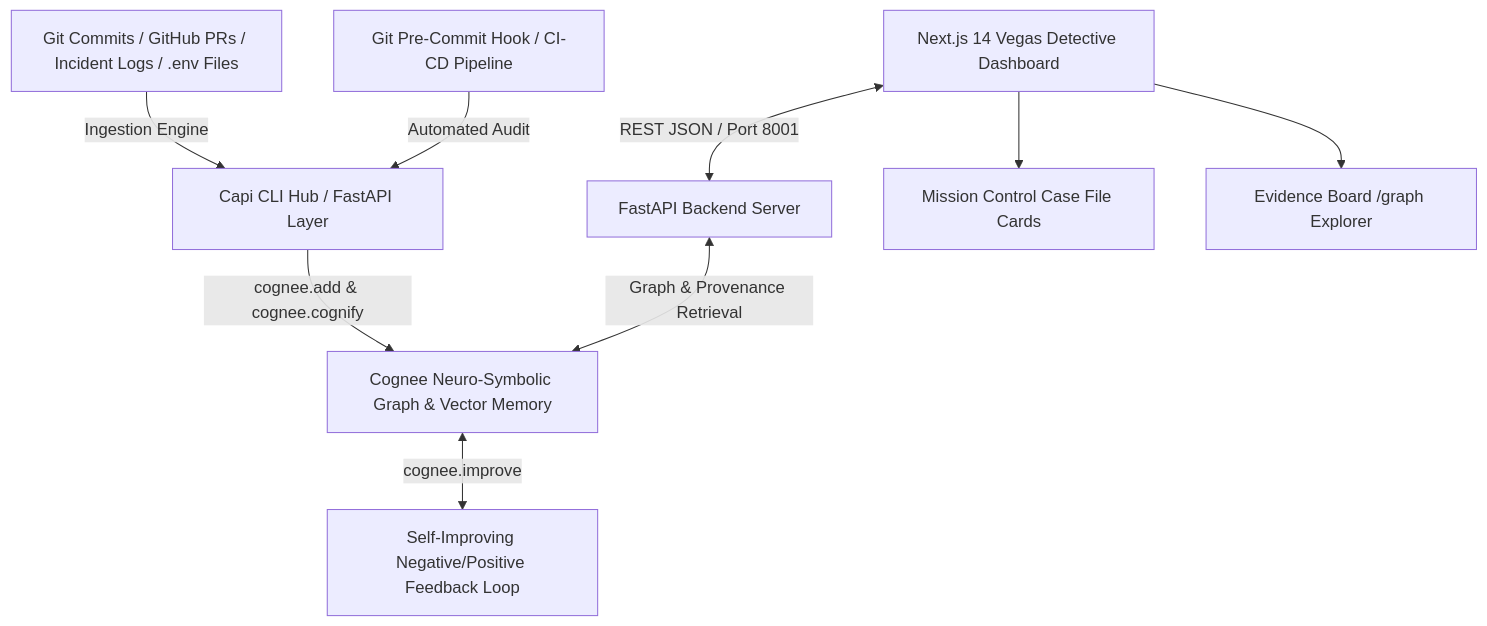
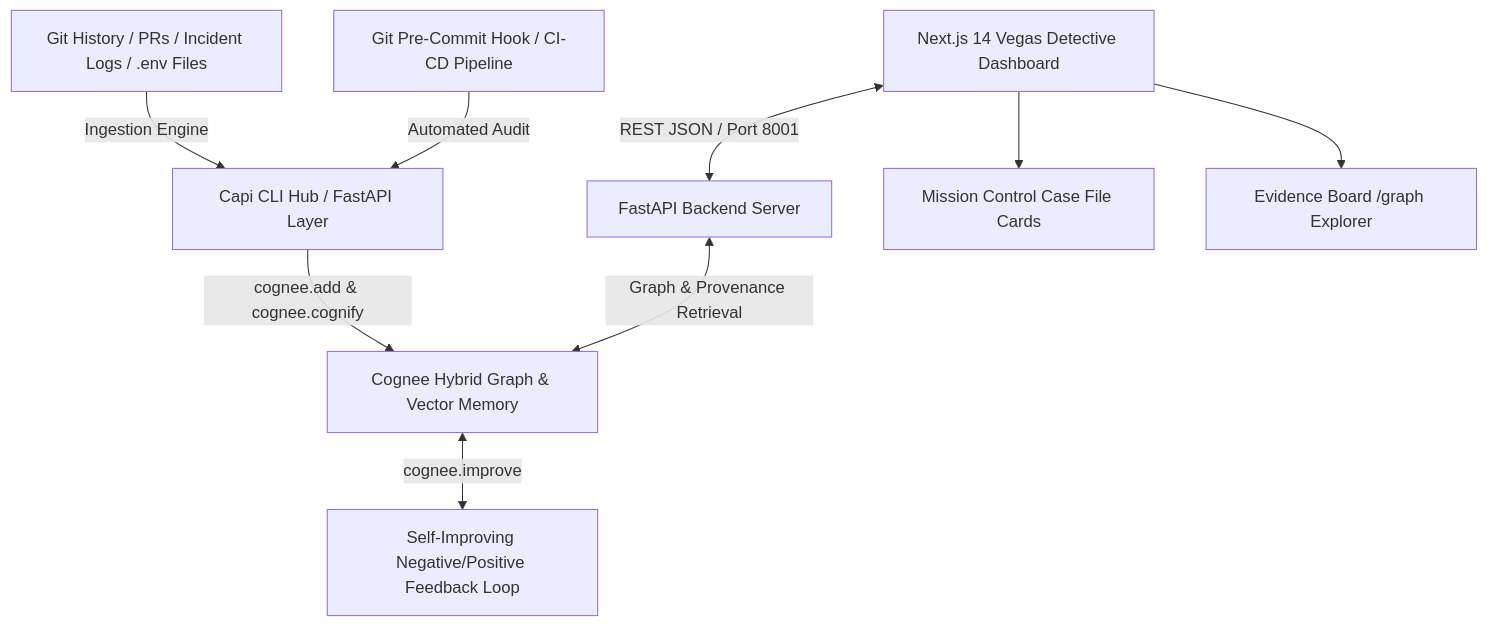
One commit to Akarshkushwaha/Capi changed the diagram in README.md. Above: the diagram before and after it, drawn with Mermaid. The commit also changed other lines of this file and 4 other files, not shown here.

````diff
--- a/README.md
+++ b/README.md
@@ -44,11 +75,11 @@
 ```mermaid
 graph TD
-    A[Git Commits / GitHub PRs / Incident Logs / .env Files] -->|Ingestion Engine| B[Capi CLI Hub / FastAPI Layer]
-    B -->|cognee.add & cognee.cognify| C[Cognee Neuro-Symbolic Graph & Vector Memory]
+    A[Git History / PRs / Incident Logs / .env Files] -->|Ingestion Engine| B[Capi CLI Hub / FastAPI Layer]
+    B -->|cognee.add & cognee.cognify| C[Cognee Hybrid Graph & Vector Memory]
     C <-->|cognee.improve| D[Self-Improving Negative/Positive Feedback Loop]
     E[Next.js 14 Vegas Detective Dashboard] <-->|REST JSON / Port 8001| F[FastAPI Backend Server]
     F <-->|Graph & Provenance Retrieval| C
     E --> G[Mission Control Case File Cards]
     E --> H[Evidence Board /graph Explorer]
     I[Git Pre-Commit Hook / CI-CD Pipeline] -->|Automated Audit| B
 ```
````
